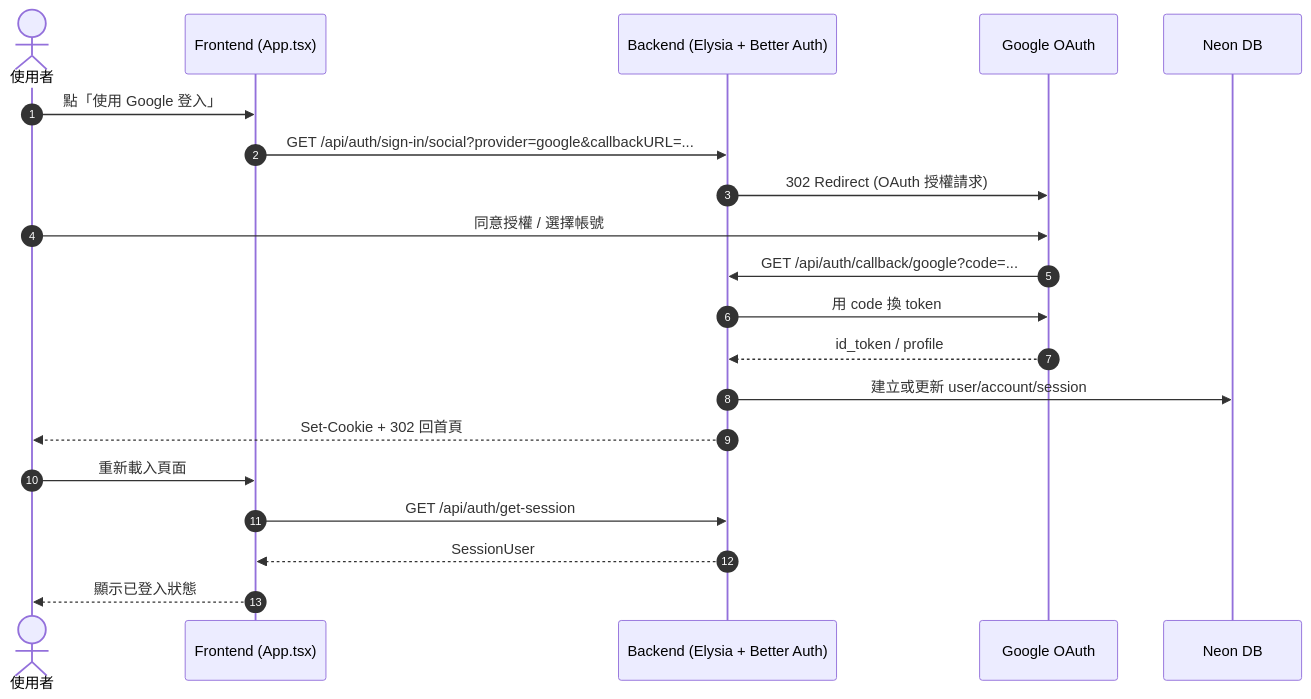
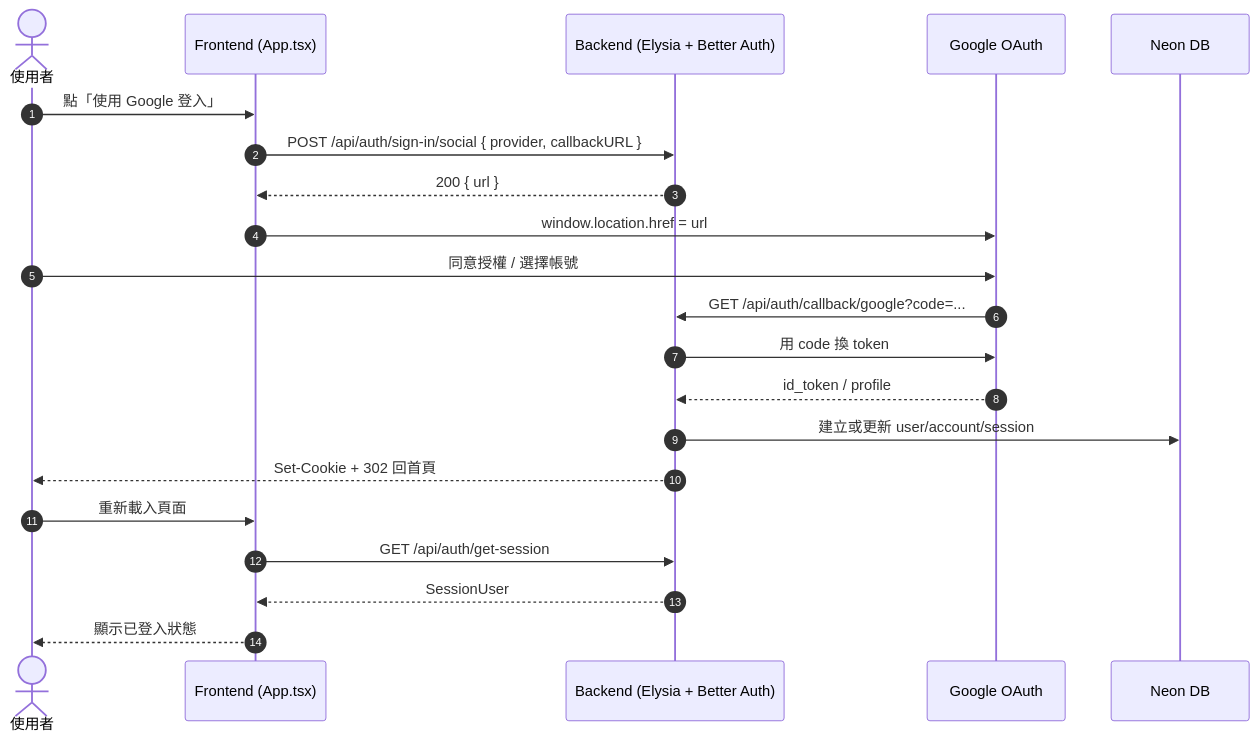
One commit to nschou/bf1042 changed the first of 4 diagrams in 00_teaching/04_5_V9_BetterAuth_導入前置確認與實作步驟草案.md. Above: the diagram before and after it, drawn with Mermaid. The commit also changed other lines of this file, not shown here.

First line of the commit message:
docs(v9): fix Google social sign-in flow to POST endpoint

````diff
--- a/00_teaching/04_5_V9_BetterAuth_導入前置確認與實作步驟草案.md
+++ b/00_teaching/04_5_V9_BetterAuth_導入前置確認與實作步驟草案.md
@@ -1892,23 +1903,24 @@
 ```mermaid
 sequenceDiagram
     autonumber
     actor U as 使用者
     participant FE as Frontend (App.tsx)
     participant BE as Backend (Elysia + Better Auth)
     participant G as Google OAuth
     participant DB as Neon DB
 
     U->>FE: 點「使用 Google 登入」
-    FE->>BE: GET /api/auth/sign-in/social?provider=google&callbackURL=...
-    BE->>G: 302 Redirect (OAuth 授權請求)
+    FE->>BE: POST /api/auth/sign-in/social { provider, callbackURL }
+    BE-->>FE: 200 { url }
+    FE->>G: window.location.href = url
     U->>G: 同意授權 / 選擇帳號
     G->>BE: GET /api/auth/callback/google?code=...
     BE->>G: 用 code 換 token
     G-->>BE: id_token / profile
     BE->>DB: 建立或更新 user/account/session
     BE-->>U: Set-Cookie + 302 回首頁
     U->>FE: 重新載入頁面
     FE->>BE: GET /api/auth/get-session
     BE-->>FE: SessionUser
     FE-->>U: 顯示已登入狀態
 ```
````
